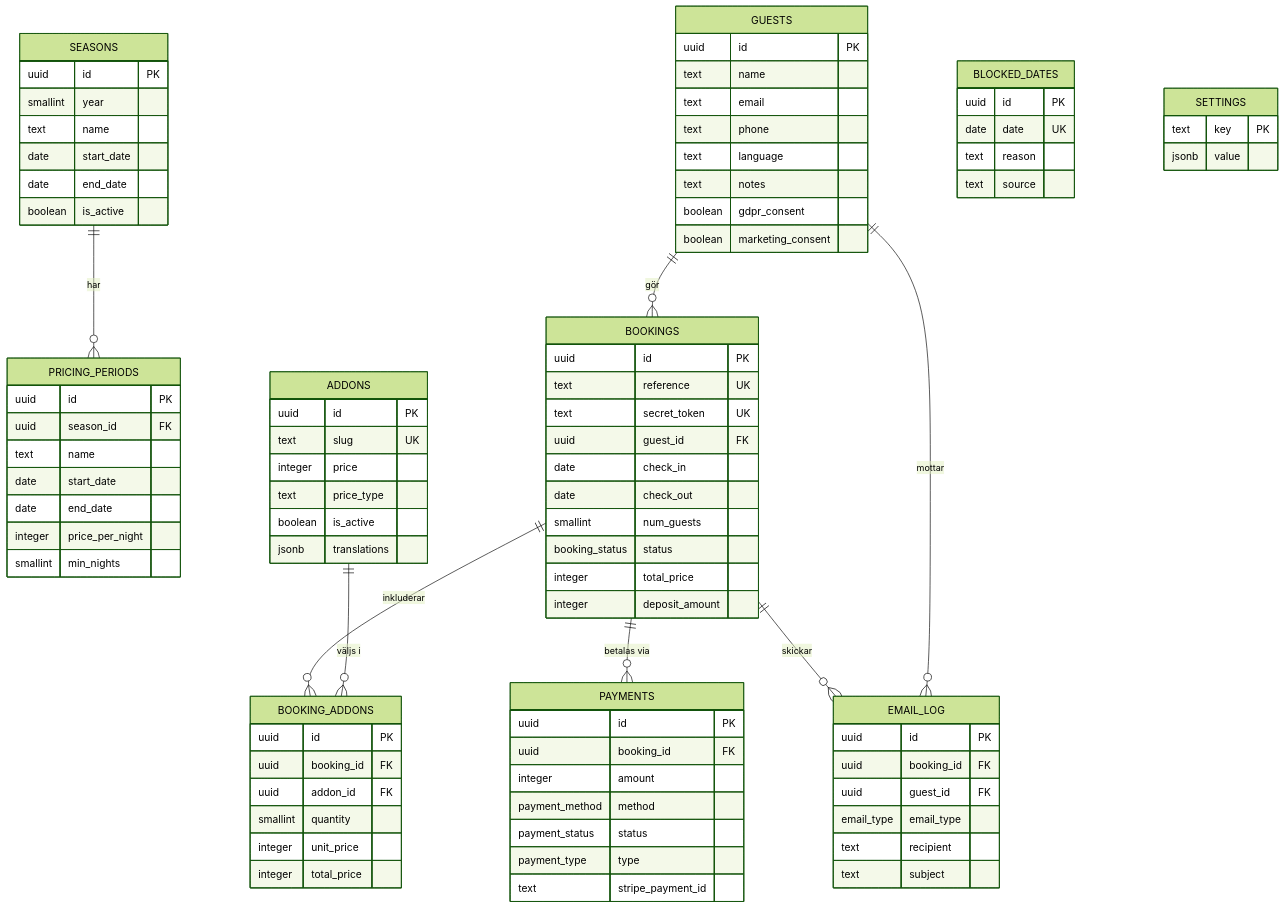
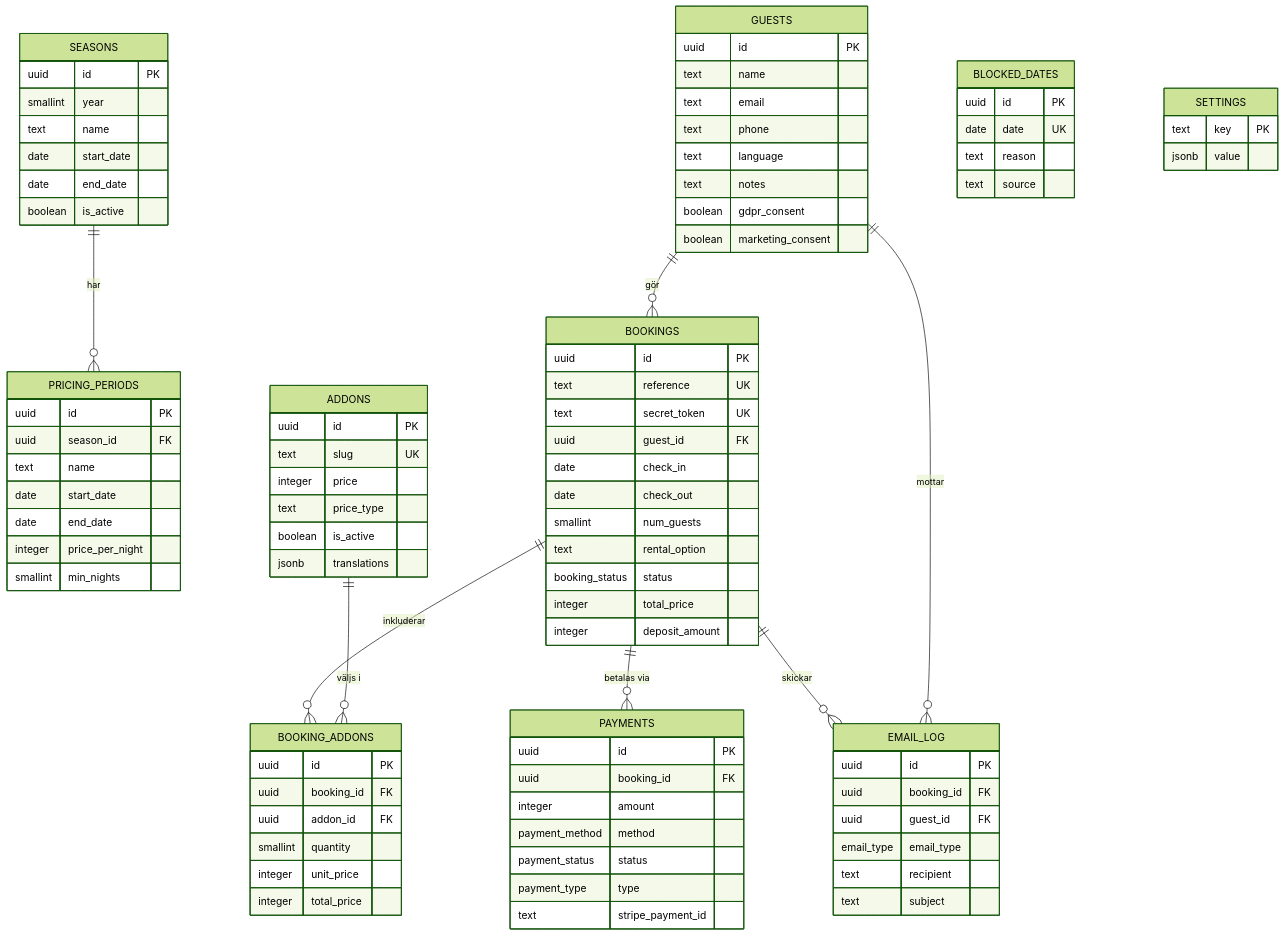
The diagram in databasschema.md (glimtz/bokningssystem), drawn with Mermaid (forest theme) before and after one commit. The commit also changed other lines of this file and 15 other files, not shown here.

Commit message:
feat: boendealternativ Lillstugan (rental_option) + grilltext i plural

```diff
--- a/databasschema.md
+++ b/databasschema.md
@@ -70,6 +70,7 @@
         date check_in
         date check_out
         smallint num_guests
+        text rental_option
         booking_status status
         integer total_price
         integer deposit_amount
```
